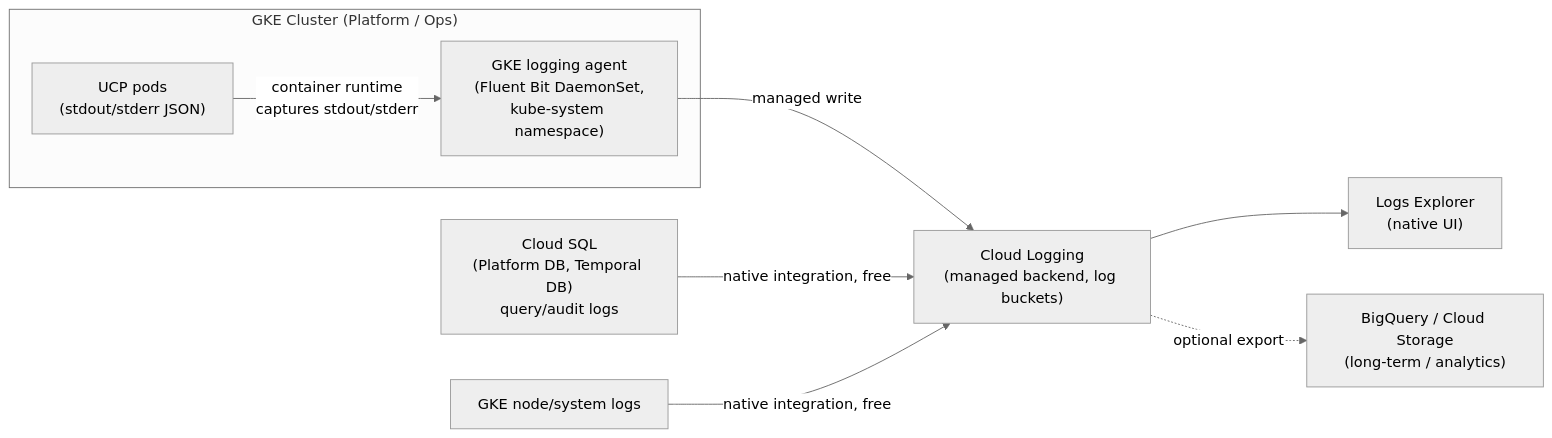
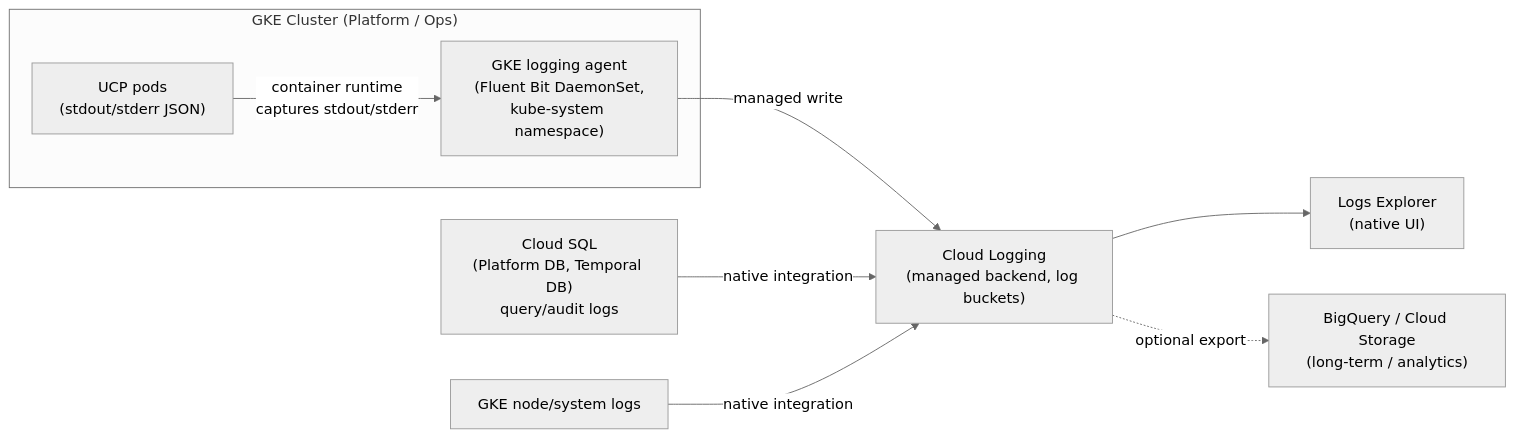
One commit to aripermana-putra/ucp-docs-collection changed the first of 5 diagrams in docs/projects/universal-control-plane-ucp/research/application-log-monitoring.md. Above: the diagram before and after it, drawn with Mermaid (neutral theme). The commit also changed other lines of this file, not shown here.

First line of the commit message:
docs: correct Cloud SQL log billing claim in MCUCP-258 research

````diff
--- a/docs/projects/universal-control-plane-ucp/research/application-log-monitoring.md
+++ b/docs/projects/universal-control-plane-ucp/research/application-log-monitoring.md
@@ -101,15 +101,15 @@
 ```mermaid
 flowchart LR
     subgraph GKE["GKE Cluster (Platform / Ops)"]
         Pods["UCP pods\n(stdout/stderr JSON)"]
         Agent["GKE logging agent\n(Fluent Bit DaemonSet,\nkube-system namespace)"]
         Pods -- "container runtime\ncaptures stdout/stderr" --> Agent
     end
     CloudSQL["Cloud SQL\n(Platform DB, Temporal DB)\nquery/audit logs"]
     NodeLogs["GKE node/system logs"]
     Agent -- "managed write" --> CL["Cloud Logging\n(managed backend, log buckets)"]
-    CloudSQL -- "native integration, free" --> CL
-    NodeLogs -- "native integration, free" --> CL
+    CloudSQL -- "native integration" --> CL
+    NodeLogs -- "native integration" --> CL
     CL --> Explorer["Logs Explorer\n(native UI)"]
     CL -.optional export.-> BQ["BigQuery / Cloud Storage\n(long-term / analytics)"]
 ```
````
